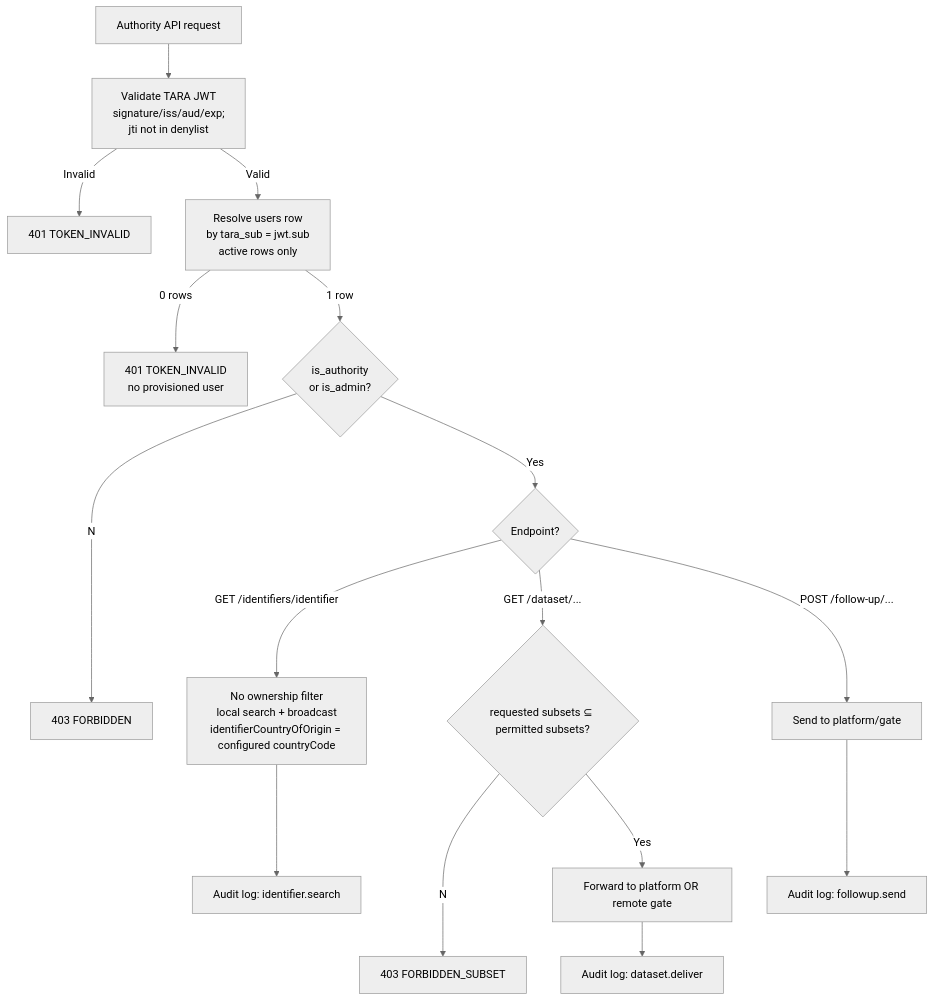
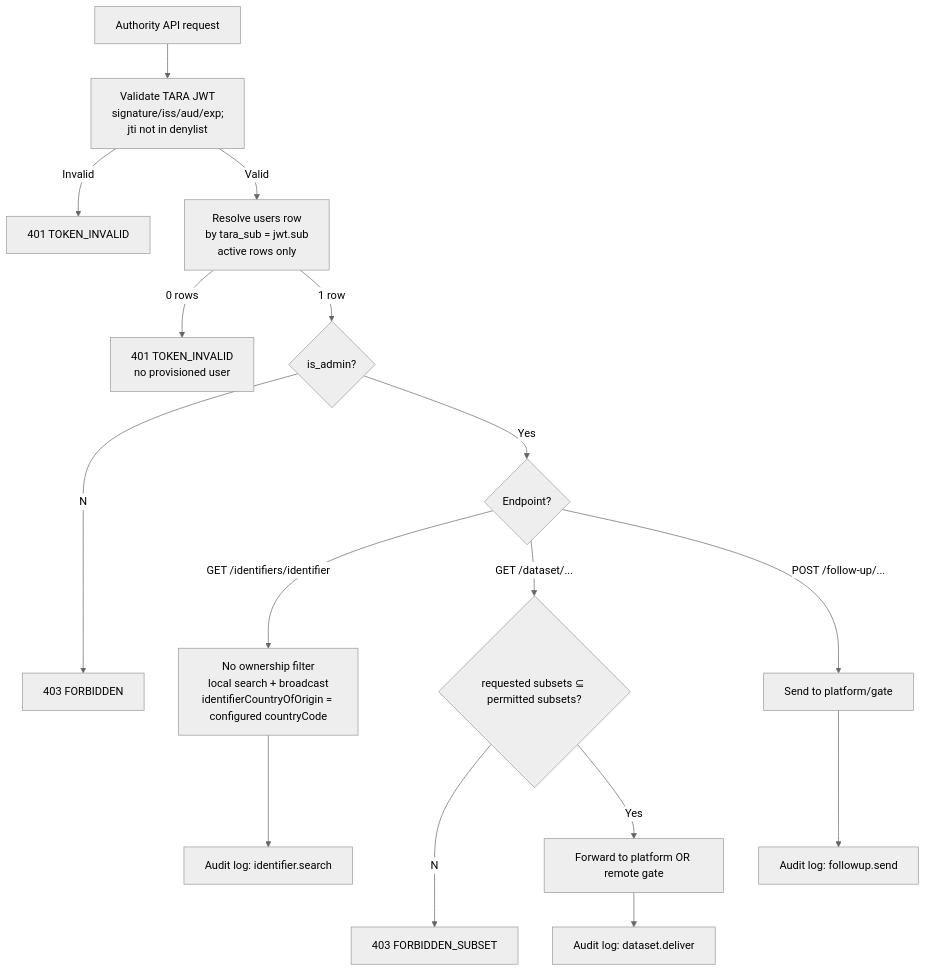
Before and after one commit to kemit-ee/efti-gate-ee: the third of 4 diagrams in docs/specs/permissions-matrix.md, drawn with Mermaid (neutral theme). The commit also changed other lines of this file and 43 other files, not shown here.

````diff
--- a/docs/specs/permissions-matrix.md
+++ b/docs/specs/permissions-matrix.md
@@ -140,18 +146,18 @@
 ```mermaid
 flowchart TD
     REQ[Authority API request] --> JWT[Validate TARA JWT<br/>signature/iss/aud/exp;<br/>jti not in denylist]
     JWT --Invalid--> R401[401 TOKEN_INVALID]
     JWT --Valid--> LOOK[Resolve users row<br/>by tara_sub = jwt.sub<br/>active rows only]
     LOOK --0 rows--> R401N[401 TOKEN_INVALID<br/>no provisioned user]
-    LOOK --1 row--> ROLE{is_authority<br/>or is_admin?}
+    LOOK --1 row--> ROLE{is_admin?}
     ROLE --No--> R403[403 FORBIDDEN]
     ROLE --Yes--> ROUTE{Endpoint?}
     ROUTE -->|GET /identifiers/identifier| SEARCH["No ownership filter<br/>local search + broadcast<br/>identifierCountryOfOrigin = configured countryCode"]
     ROUTE -->|GET /dataset/...| SUB{requested subsets ⊆ permitted subsets?}
     SUB --No--> R403S[403 FORBIDDEN_SUBSET]
     SUB --Yes--> FWD[Forward to platform OR remote gate]
     ROUTE -->|POST /follow-up/...| FU[Send to platform/gate]
     SEARCH --> AUD[Audit log: identifier.search]
     FWD --> AUD2[Audit log: dataset.deliver]
     FU --> AUD3[Audit log: followup.send]
 ```
````
